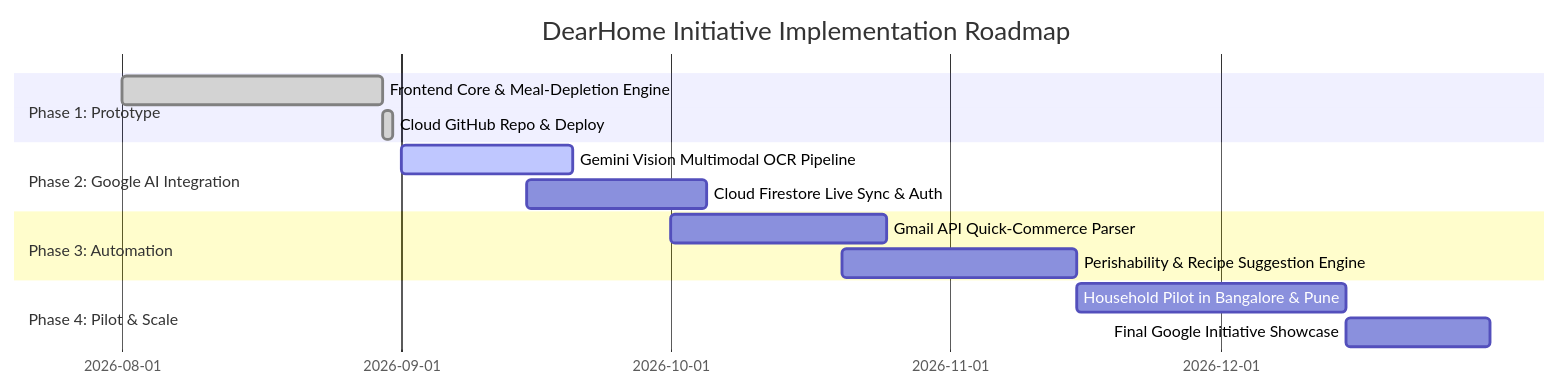
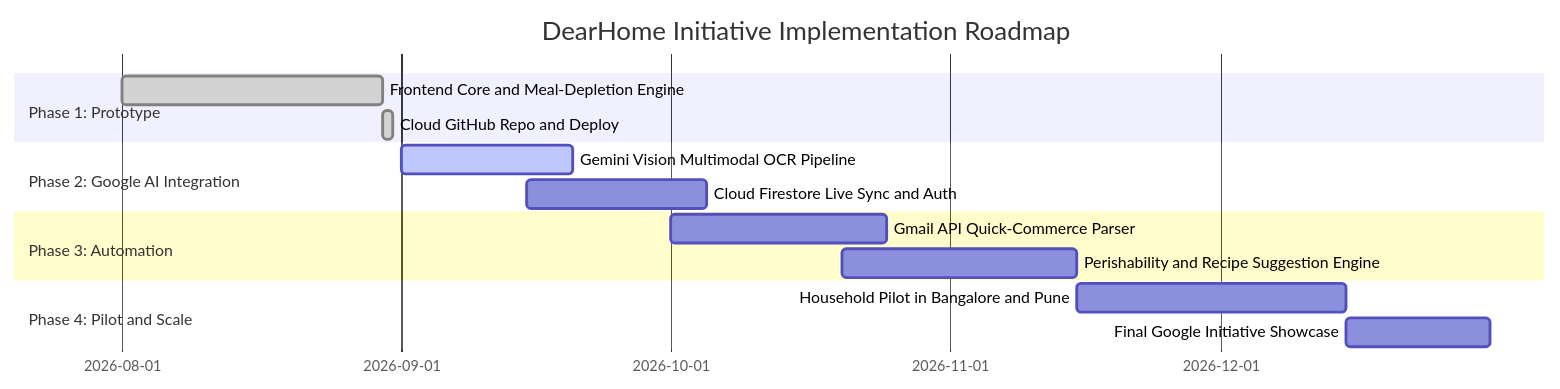
The second of 2 diagrams in PROPOSAL.md (sindhuja-ramesh/dearhome), drawn with Mermaid before and after one commit. The commit also changed other lines of this file and 1 other file, not shown here.

````diff
--- a/PROPOSAL.md
+++ b/PROPOSAL.md
@@ -83,17 +84,17 @@
 ```mermaid
 gantt
     title DearHome Initiative Implementation Roadmap
     dateFormat  YYYY-MM-DD
     section Phase 1: Prototype
-    Frontend Core & Meal-Depletion Engine :done, p1, 2026-08-01, 2026-08-30
-    Cloud GitHub Repo & Deploy :done, p2, 2026-08-30, 2026-08-31
+    Frontend Core and Meal-Depletion Engine :done, p1, 2026-08-01, 2026-08-30
+    Cloud GitHub Repo and Deploy :done, p2, 2026-08-30, 2026-08-31
     section Phase 2: Google AI Integration
     Gemini Vision Multimodal OCR Pipeline :active, p3, 2026-09-01, 2026-09-20
-    Cloud Firestore Live Sync & Auth :p4, 2026-09-15, 2026-10-05
+    Cloud Firestore Live Sync and Auth :p4, 2026-09-15, 2026-10-05
     section Phase 3: Automation
     Gmail API Quick-Commerce Parser :p5, 2026-10-01, 2026-10-25
-    Perishability & Recipe Suggestion Engine :p6, 2026-10-20, 2026-11-15
-    section Phase 4: Pilot & Scale
-    Household Pilot in Bangalore & Pune :p7, 2026-11-15, 2026-12-15
+    Perishability and Recipe Suggestion Engine :p6, 2026-10-20, 2026-11-15
+    section Phase 4: Pilot and Scale
+    Household Pilot in Bangalore and Pune :p7, 2026-11-15, 2026-12-15
     Final Google Initiative Showcase :p8, 2026-12-15, 2026-12-31
 ```
````
